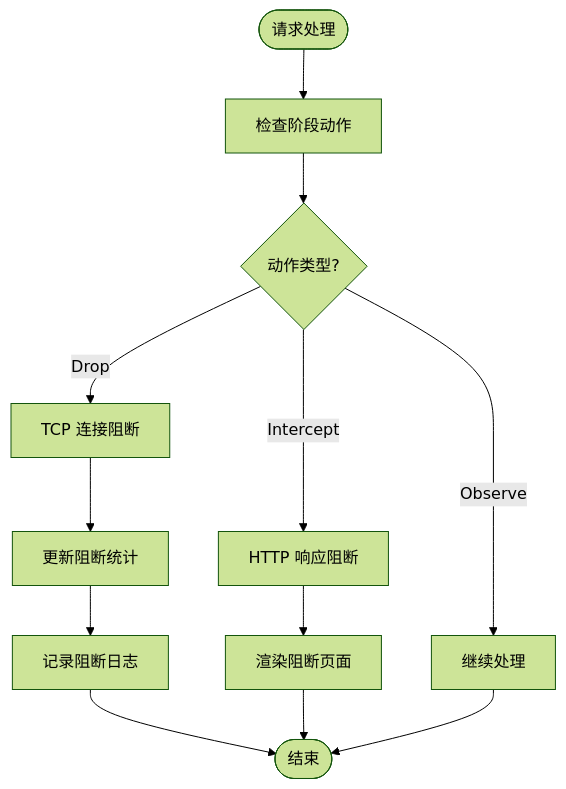
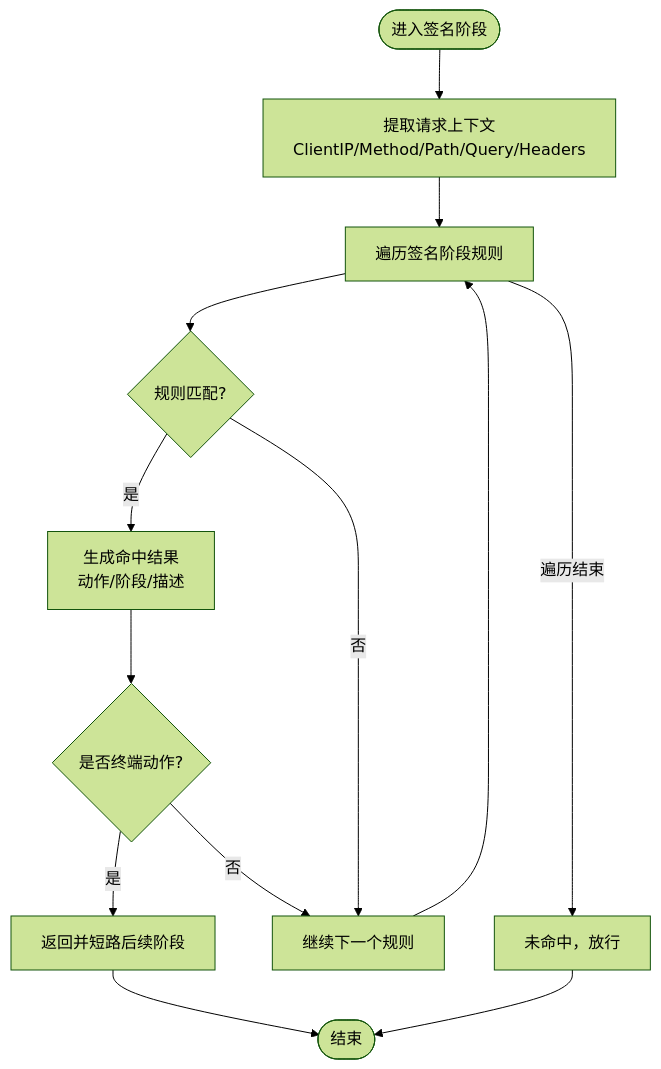
One commit to x01n/My-OpenWaf changed the tenth of 12 diagrams in docs/WAF 引擎系统/处理阶段详解/处理阶段详解.md. Above: the diagram before and after it, drawn with Mermaid (forest theme). The commit also changed other lines of this file and 199 other files, not shown here.

````diff
--- a/docs/WAF 引擎系统/处理阶段详解/处理阶段详解.md
+++ b/docs/WAF 引擎系统/处理阶段详解/处理阶段详解.md
@@ -438,14 +399,15 @@
 ```mermaid
 flowchart TD
-Start(["请求处理"]) --> CheckAction["检查阶段动作"]
-CheckAction --> IsDrop{"动作类型?"}
-IsDrop --> |Drop| Drop["TCP 连接阻断"]
-IsDrop --> |Intercept| Block["HTTP 响应阻断"]
-IsDrop --> |Observe| Continue["继续处理"]
-Drop --> Stats["更新阻断统计"]
-Stats --> Log["记录阻断日志"]
-Log --> End(["结束"])
-Block --> Render["渲染阻断页面"]
-Render --> End
-Continue --> End
+Start(["进入签名阶段"]) --> Ctx["提取请求上下文<br/>ClientIP/Method/Path/Query/Headers"]
+Ctx --> Loop["遍历签名阶段规则"]
+Loop --> Match{"规则匹配?"}
+Match --> |是| Hit["生成命中结果<br/>动作/阶段/描述"]
+Hit --> Terminal{"是否终端动作?"}
+Terminal --> |是| Return["返回并短路后续阶段"]
+Terminal --> |否| Next["继续下一个规则"]
+Match --> |否| Next
+Next --> Loop
+Loop --> |遍历结束| Pass["未命中，放行"]
+Return --> End(["结束"])
+Pass --> End
 ```
````
